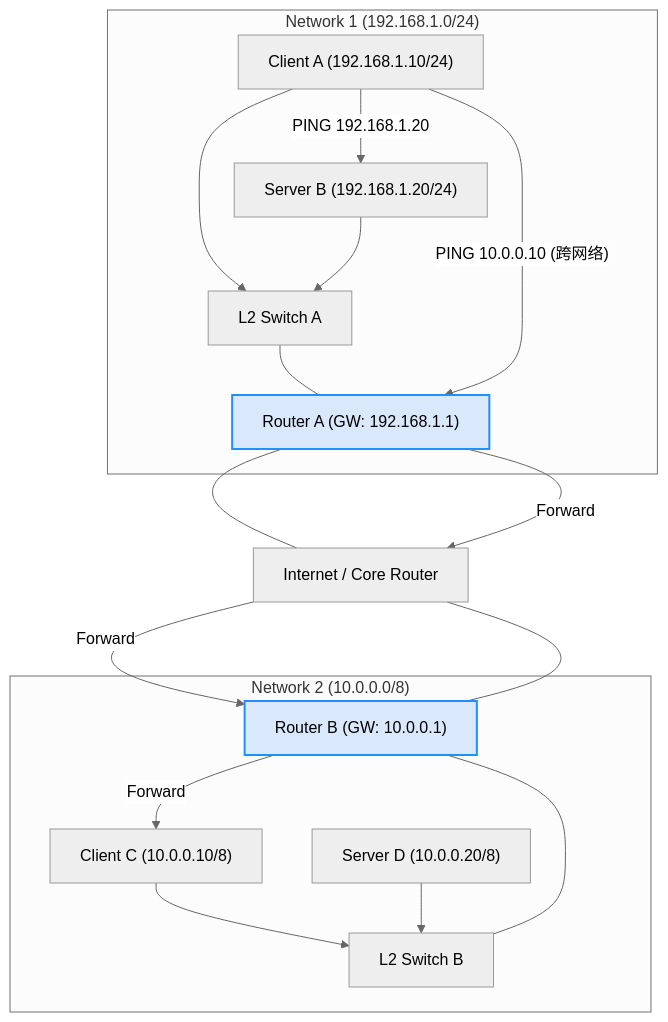
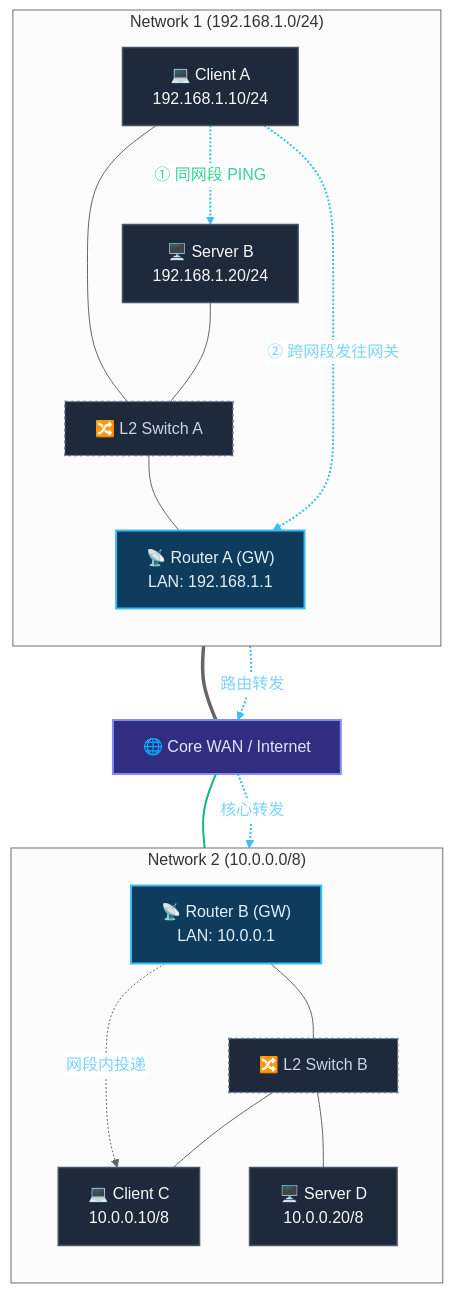
Before and after one commit to teatang/t-blog: the second of 2 diagrams in source/_posts/2024/2024-11-16_IPv4 (Internet Protocol version 4) 详解.md, drawn with Mermaid (neutral theme). The commit also changed other lines of this file and 7 other files, not shown here.

```diff
--- a/source/_posts/2024/2024-11-16_IPv4 (Internet Protocol version 4) 详解.md
+++ b/source/_posts/2024/2024-11-16_IPv4 (Internet Protocol version 4) 详解.md
@@ -192,37 +217,54 @@
 {% mermaid %}
-graph TD
-    ClientA["Client A (192.168.1.10/24)"] --> L2SwitchA[L2 Switch A]
-    ServerB["Server B (192.168.1.20/24)"] --> L2SwitchA
+flowchart TD
 
-    ClientC["Client C (10.0.0.10/8)"] --> L2SwitchB[L2 Switch B]
-    ServerD["Server D (10.0.0.20/8)"] --> L2SwitchB
+    Internet["🌐 Core WAN / Internet"]
 
-    L2SwitchA --- RouterA["Router A (GW: 192.168.1.1)"]
-    L2SwitchB --- RouterB["Router B (GW: 10.0.0.1)"]
+    subgraph Net1["Network 1 (192.168.1.0/24)"]
+        direction TB
+        ClientA["💻 Client A<br/>192.168.1.10/24"]
+        ServerB["🖥️ Server B<br/>192.168.1.20/24"]
+        L2SwitchA["🔀 L2 Switch A"]
+        RouterA["📡 Router A (GW)<br/>LAN: 192.168.1.1"]
 
-    RouterA --- Internet[Internet / Core Router]
-    RouterB --- Internet
-
-    subgraph "Network 1 (192.168.1.0/24)"
-        ClientA
-        ServerB
-        L2SwitchA
-        RouterA
+        ClientA --- L2SwitchA
+        ServerB --- L2SwitchA
+        L2SwitchA --- RouterA
     end
 
-    subgraph "Network 2 (10.0.0.0/8)"
-        ClientC
-        ServerD
-        L2SwitchB
-        RouterB
+    subgraph Net2["Network 2 (10.0.0.0/8)"]
+        direction TB
+        RouterB["📡 Router B (GW)<br/>LAN: 10.0.0.1"]
+        L2SwitchB["🔀 L2 Switch B"]
+        ClientC["💻 Client C<br/>10.0.0.10/8"]
+        ServerD["🖥️ Server D<br/>10.0.0.20/8"]
+
+        RouterB --- L2SwitchB
+        L2SwitchB --- ClientC
+        L2SwitchB --- ServerD
     end
-  
-    ClientA -- PING 192.168.1.20 --> ServerB
-    ClientA -- PING 10.0.0.10 (跨网络) --> RouterA
-    RouterA -- Forward --> Internet
-    Internet -- Forward --> RouterB
-    RouterB -- Forward --> ClientC
-  
-    style RouterA fill:#DAE8FC,stroke:#1E90FF,stroke-width:2px;
-    style RouterB fill:#DAE8FC,stroke:#1E90FF,stroke-width:2px;
+
+    RouterA === Internet
+    Internet === RouterB
+
+    ClientA -. "<span style='color:#34d399'>① 同网段 PING</span>" .-> ServerB
+
+    ClientA -. "<span style='color:#7dd3fc'>② 跨网段发往网关</span>" .-> RouterA
+    RouterA -. "<span style='color:#7dd3fc'>路由转发</span>" .-> Internet
+    Internet -. "<span style='color:#7dd3fc'>核心转发</span>" .-> RouterB
+    RouterB -. "<span style='color:#7dd3fc'>网段内投递</span>" .-> ClientC
+
+    classDef default fill:#1e293b,stroke:#475569,stroke-width:1.5px,color:#f8fafc;
+    classDef router fill:#0f3b5c,stroke:#38bdf8,stroke-width:2px,color:#e0f2fe;
+    classDef wan fill:#312e81,stroke:#818cf8,stroke-width:2px,color:#e0e7ff;
+    classDef switch fill:#1e293b,stroke:#64748b,stroke-width:1.5px,stroke-dasharray: 3 3,color:#cbd5e1;
+
+    class RouterA,RouterB router;
+    class Internet wan;
+    class L2SwitchA,L2SwitchB switch;
+
+    linkStyle 7 stroke:#10b981,stroke-width:2px;
+    linkStyle 8 stroke:#38bdf8,stroke-width:2px;
+    linkStyle 9 stroke:#38bdf8,stroke-width:2px;
+    linkStyle 10 stroke:#38bdf8,stroke-width:2px;
+    linkStyle 11 stroke:#38bdf8,stroke-width:2px;
 {% endmermaid %}
```
